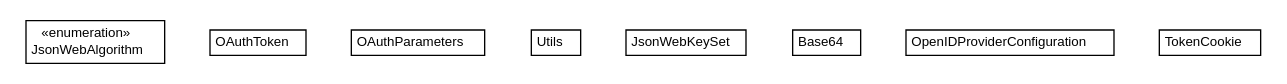
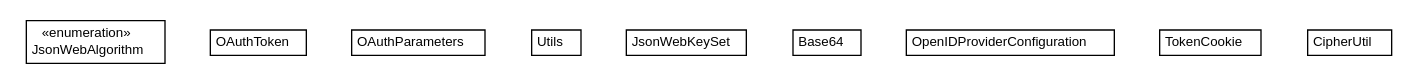
The diagram in apidocs/net/trajano/auth/internal/net.trajano.auth.internal.dot (trajano/server-auth-modules), drawn with Graphviz before and after one commit. The commit also changed 212 other files, not shown here.

```diff
--- a/apidocs/net/trajano/auth/internal/net.trajano.auth.internal.dot
+++ b/apidocs/net/trajano/auth/internal/net.trajano.auth.internal.dot
@@ -1,61 +1,67 @@
 #!/usr/local/bin/dot
 #
 # Class diagram 
 # Generated by UMLGraph version R5_6-24-gf6e263 (http://www.umlgraph.org/)
 #
 
 digraph G {
 	edge [fontname="Helvetica",fontsize=10,labelfontname="Helvetica",labelfontsize=10];
 	node [fontname="Helvetica",fontsize=10,shape=plaintext];
 	nodesep=0.25;
 	ranksep=0.5;
 	// net.trajano.auth.internal.JsonWebAlgorithm
-	c43 [label=<<table title="net.trajano.auth.internal.JsonWebAlgorithm" border="0" cellborder="1" cellspacing="0" cellpadding="2" port="p" href="./JsonWebAlgorithm.html">
+	c67 [label=<<table title="net.trajano.auth.internal.JsonWebAlgorithm" border="0" cellborder="1" cellspacing="0" cellpadding="2" port="p" href="./JsonWebAlgorithm.html">
 		<tr><td><table border="0" cellspacing="0" cellpadding="1">
 <tr><td align="center" balign="center"> &#171;enumeration&#187; </td></tr>
 <tr><td align="center" balign="center"> JsonWebAlgorithm </td></tr>
 		</table></td></tr>
 		</table>>, URL="./JsonWebAlgorithm.html", fontname="Helvetica", fontcolor="black", fontsize=10.0];
 	// net.trajano.auth.internal.OAuthToken
-	c44 [label=<<table title="net.trajano.auth.internal.OAuthToken" border="0" cellborder="1" cellspacing="0" cellpadding="2" port="p" href="./OAuthToken.html">
+	c68 [label=<<table title="net.trajano.auth.internal.OAuthToken" border="0" cellborder="1" cellspacing="0" cellpadding="2" port="p" href="./OAuthToken.html">
 		<tr><td><table border="0" cellspacing="0" cellpadding="1">
 <tr><td align="center" balign="center"> OAuthToken </td></tr>
 		</table></td></tr>
 		</table>>, URL="./OAuthToken.html", fontname="Helvetica", fontcolor="black", fontsize=10.0];
 	// net.trajano.auth.internal.OAuthParameters
-	c45 [label=<<table title="net.trajano.auth.internal.OAuthParameters" border="0" cellborder="1" cellspacing="0" cellpadding="2" port="p" href="./OAuthParameters.html">
+	c69 [label=<<table title="net.trajano.auth.internal.OAuthParameters" border="0" cellborder="1" cellspacing="0" cellpadding="2" port="p" href="./OAuthParameters.html">
 		<tr><td><table border="0" cellspacing="0" cellpadding="1">
 <tr><td align="center" balign="center"> OAuthParameters </td></tr>
 		</table></td></tr>
 		</table>>, URL="./OAuthParameters.html", fontname="Helvetica", fontcolor="black", fontsize=10.0];
 	// net.trajano.auth.internal.Utils
-	c46 [label=<<table title="net.trajano.auth.internal.Utils" border="0" cellborder="1" cellspacing="0" cellpadding="2" port="p" href="./Utils.html">
+	c70 [label=<<table title="net.trajano.auth.internal.Utils" border="0" cellborder="1" cellspacing="0" cellpadding="2" port="p" href="./Utils.html">
 		<tr><td><table border="0" cellspacing="0" cellpadding="1">
 <tr><td align="center" balign="center"> Utils </td></tr>
 		</table></td></tr>
 		</table>>, URL="./Utils.html", fontname="Helvetica", fontcolor="black", fontsize=10.0];
 	// net.trajano.auth.internal.JsonWebKeySet
-	c47 [label=<<table title="net.trajano.auth.internal.JsonWebKeySet" border="0" cellborder="1" cellspacing="0" cellpadding="2" port="p" href="./JsonWebKeySet.html">
+	c71 [label=<<table title="net.trajano.auth.internal.JsonWebKeySet" border="0" cellborder="1" cellspacing="0" cellpadding="2" port="p" href="./JsonWebKeySet.html">
 		<tr><td><table border="0" cellspacing="0" cellpadding="1">
 <tr><td align="center" balign="center"> JsonWebKeySet </td></tr>
 		</table></td></tr>
 		</table>>, URL="./JsonWebKeySet.html", fontname="Helvetica", fontcolor="black", fontsize=10.0];
 	// net.trajano.auth.internal.Base64
-	c48 [label=<<table title="net.trajano.auth.internal.Base64" border="0" cellborder="1" cellspacing="0" cellpadding="2" port="p" href="./Base64.html">
+	c72 [label=<<table title="net.trajano.auth.internal.Base64" border="0" cellborder="1" cellspacing="0" cellpadding="2" port="p" href="./Base64.html">
 		<tr><td><table border="0" cellspacing="0" cellpadding="1">
 <tr><td align="center" balign="center"> Base64 </td></tr>
 		</table></td></tr>
 		</table>>, URL="./Base64.html", fontname="Helvetica", fontcolor="black", fontsize=10.0];
 	// net.trajano.auth.internal.OpenIDProviderConfiguration
-	c49 [label=<<table title="net.trajano.auth.internal.OpenIDProviderConfiguration" border="0" cellborder="1" cellspacing="0" cellpadding="2" port="p" href="./OpenIDProviderConfiguration.html">
+	c73 [label=<<table title="net.trajano.auth.internal.OpenIDProviderConfiguration" border="0" cellborder="1" cellspacing="0" cellpadding="2" port="p" href="./OpenIDProviderConfiguration.html">
 		<tr><td><table border="0" cellspacing="0" cellpadding="1">
 <tr><td align="center" balign="center"> OpenIDProviderConfiguration </td></tr>
 		</table></td></tr>
 		</table>>, URL="./OpenIDProviderConfiguration.html", fontname="Helvetica", fontcolor="black", fontsize=10.0];
 	// net.trajano.auth.internal.TokenCookie
-	c50 [label=<<table title="net.trajano.auth.internal.TokenCookie" border="0" cellborder="1" cellspacing="0" cellpadding="2" port="p" href="./TokenCookie.html">
+	c74 [label=<<table title="net.trajano.auth.internal.TokenCookie" border="0" cellborder="1" cellspacing="0" cellpadding="2" port="p" href="./TokenCookie.html">
 		<tr><td><table border="0" cellspacing="0" cellpadding="1">
 <tr><td align="center" balign="center"> TokenCookie </td></tr>
 		</table></td></tr>
 		</table>>, URL="./TokenCookie.html", fontname="Helvetica", fontcolor="black", fontsize=10.0];
+	// net.trajano.auth.internal.CipherUtil
+	c75 [label=<<table title="net.trajano.auth.internal.CipherUtil" border="0" cellborder="1" cellspacing="0" cellpadding="2" port="p" href="./CipherUtil.html">
+		<tr><td><table border="0" cellspacing="0" cellpadding="1">
+<tr><td align="center" balign="center"> CipherUtil </td></tr>
+		</table></td></tr>
+		</table>>, URL="./CipherUtil.html", fontname="Helvetica", fontcolor="black", fontsize=10.0];
 }
```
